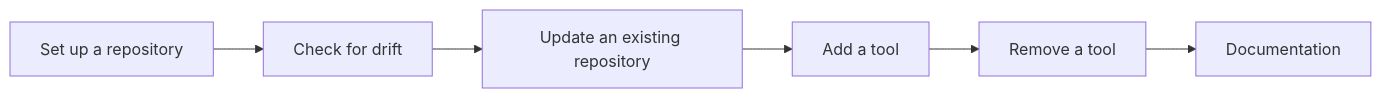
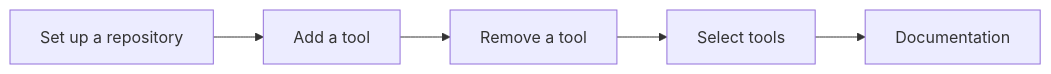
The diagram in docs/blueprint/product.md (virajp/bootstrap), drawn with Mermaid before and after one commit. The commit also changed other lines of this file and 3 other files, not shown here.

````diff
--- a/docs/blueprint/product.md
+++ b/docs/blueprint/product.md
@@ -88,8 +82,7 @@
 ```mermaid
 flowchart LR
-    A[Set up a repository] --> B[Check for drift]
-    B --> C[Update an existing repository]
-    C --> D[Add a tool]
-    D --> F[Remove a tool]
-    F --> E[Documentation]
+    A[Set up a repository] --> B[Add a tool]
+    B --> C[Remove a tool]
+    C --> D[Select tools]
+    D --> E[Documentation]
 ```
````
